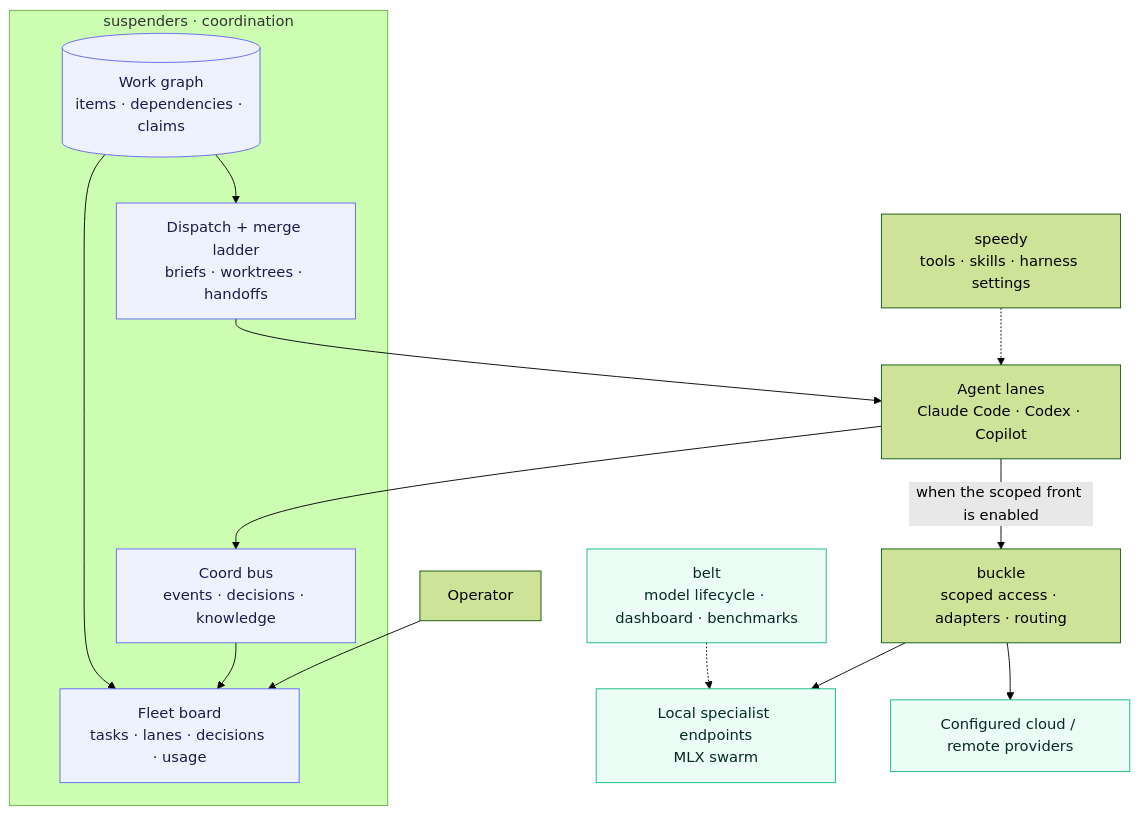
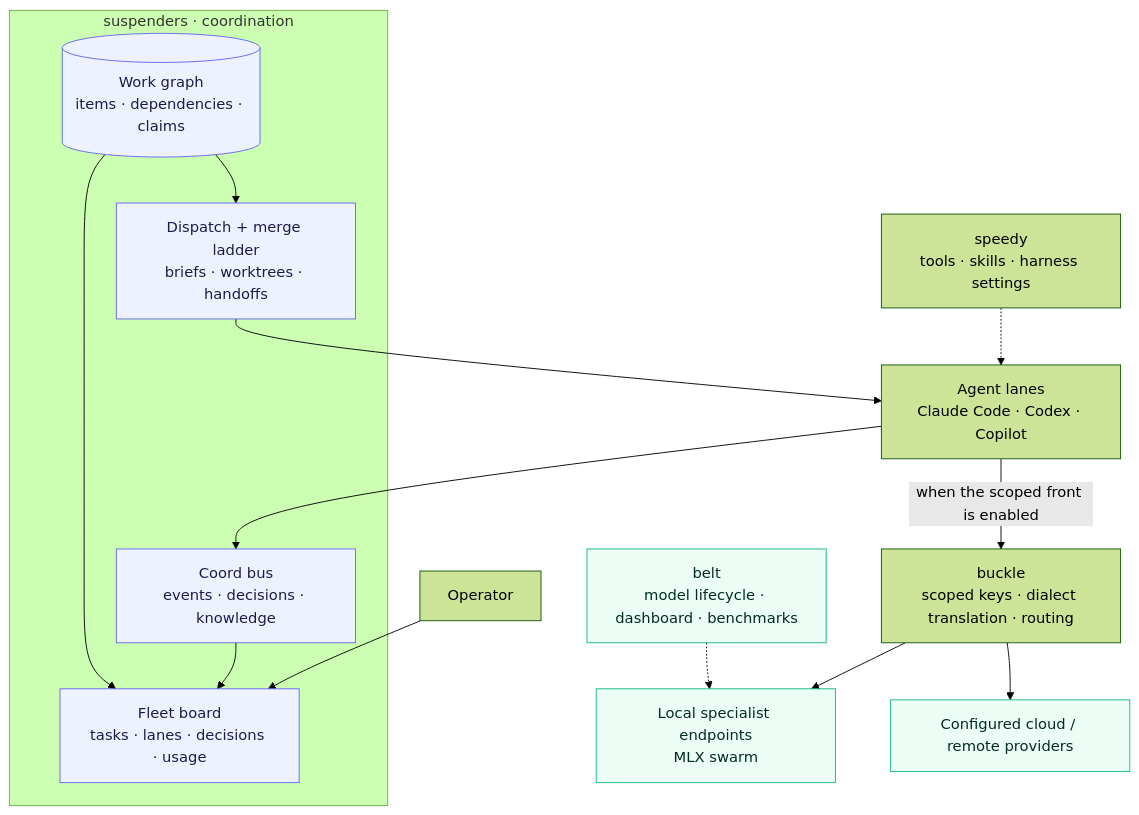
Before and after one commit to klh/fleet: the first of 2 diagrams in README.md, drawn with Mermaid (forest theme). The commit also changed other lines of this file and 1 other file, not shown here.

````diff
--- a/README.md
+++ b/README.md
@@ -149,33 +136,33 @@
 ```mermaid
 flowchart TB
   OP["Operator"]
   ENV["speedy<br/>tools · skills · harness settings"]
 
   subgraph CONTROL["suspenders · coordination"]
     WORK[("Work graph<br/>items · dependencies · claims")]
     BUS["Coord bus<br/>events · decisions · knowledge"]
     DISPATCH["Dispatch + merge ladder<br/>briefs · worktrees · handoffs"]
     BOARD["Fleet board<br/>tasks · lanes · decisions · usage"]
   end
 
   AGENTS["Agent lanes<br/>Claude Code · Codex · Copilot"]
-  GATE["buckle<br/>scoped access · adapters · routing"]
+  GATE["buckle<br/>scoped keys · dialect translation · routing"]
   LOCAL["Local specialist endpoints<br/>MLX swarm"]
   CLOUD["Configured cloud / remote providers"]
   BELT["belt<br/>model lifecycle · dashboard · benchmarks"]
 
   OP --> BOARD
   ENV -.-> AGENTS
   WORK --> DISPATCH --> AGENTS
   AGENTS --> BUS --> BOARD
   WORK --> BOARD
   AGENTS -->|"when the scoped front is enabled"| GATE
   GATE --> LOCAL
   GATE --> CLOUD
   BELT -.-> LOCAL
 
   classDef plane fill:#eef2ff,stroke:#6366f1,color:#1e1b4b;
   classDef model fill:#ecfdf5,stroke:#10b981,color:#022c22;
   class WORK,BUS,DISPATCH,BOARD plane;
   class LOCAL,CLOUD,BELT model;
 ```
````
